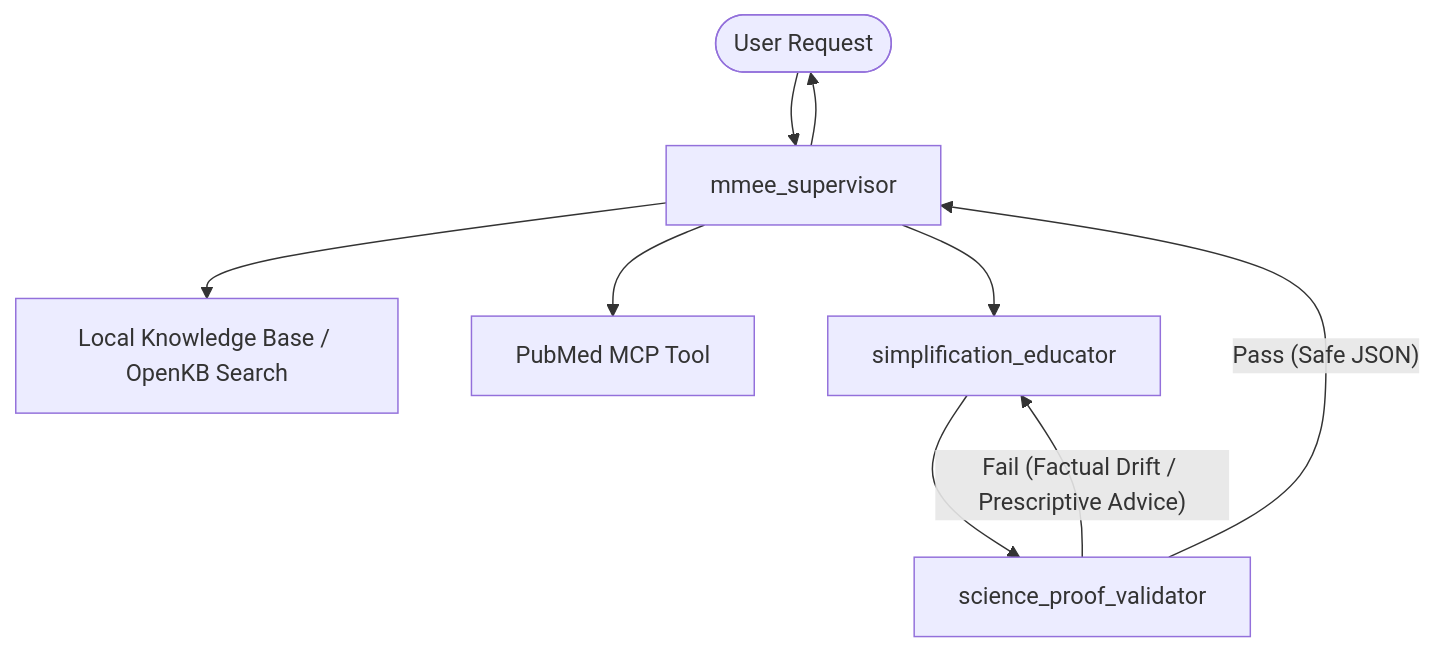
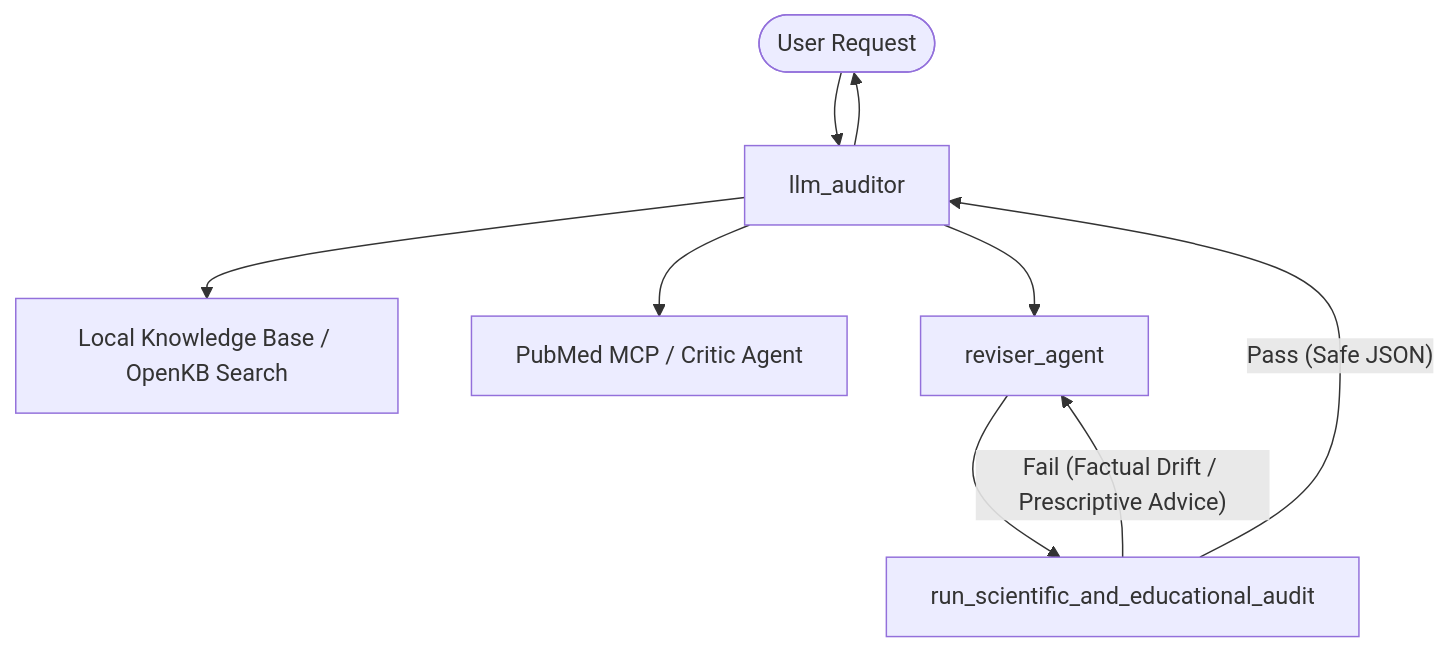
The diagram in docs/tasks.md (Yarvalcher/MakeMedEasyExplain), drawn with Mermaid before and after one commit. The commit also changed other lines of this file and 5 other files, not shown here.

````diff
--- a/docs/tasks.md
+++ b/docs/tasks.md
@@ -9,11 +9,11 @@
 ```mermaid
 graph TD
-    User([User Request]) --> Supervisor[mmee_supervisor]
+    User([User Request]) --> Supervisor[llm_auditor]
     Supervisor --> LocalKB[Local Knowledge Base / OpenKB Search]
-    Supervisor --> PubMedMCP[PubMed MCP Tool]
-    Supervisor --> Educator[simplification_educator]
-    Educator --> Validator[science_proof_validator]
+    Supervisor --> PubMedMCP[PubMed MCP / Critic Agent]
+    Supervisor --> Educator[reviser_agent]
+    Educator --> Validator[run_scientific_and_educational_audit]
     Validator -- "Fail (Factual Drift / Prescriptive Advice)" --> Educator
     Validator -- "Pass (Safe JSON)" --> Supervisor
     Supervisor --> User
 ```
````
